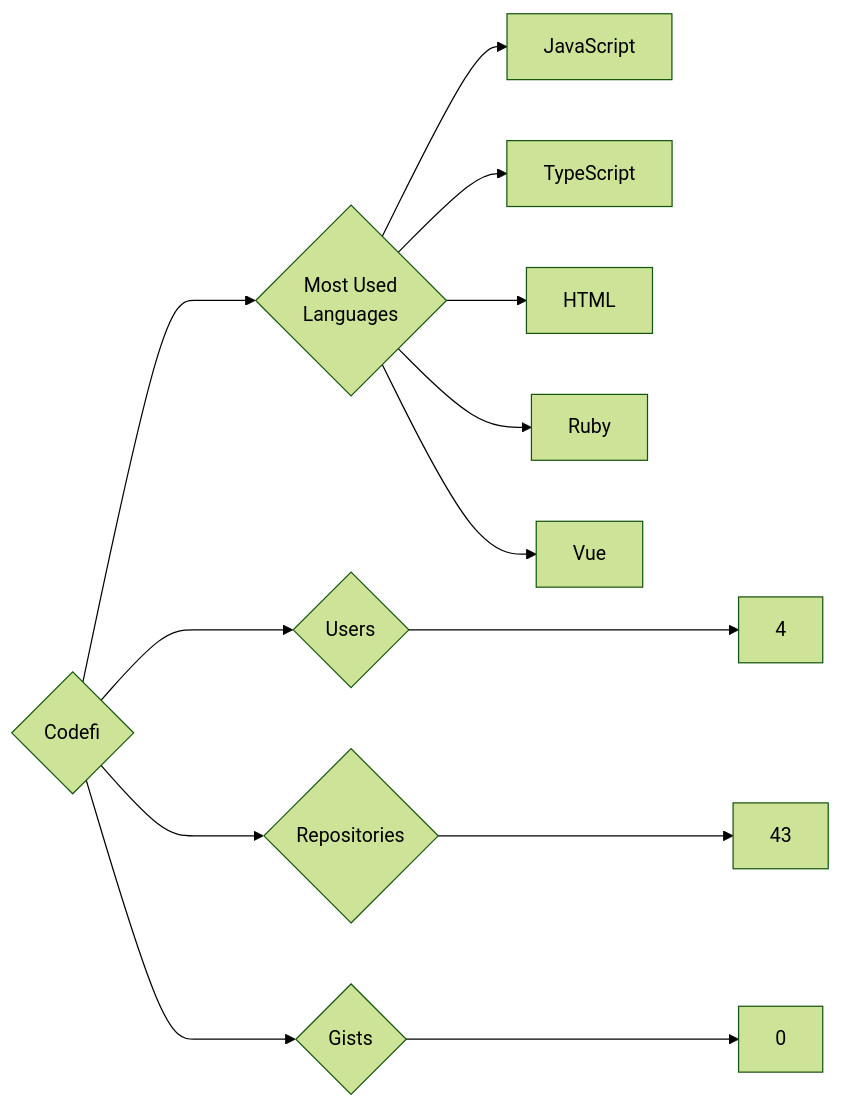
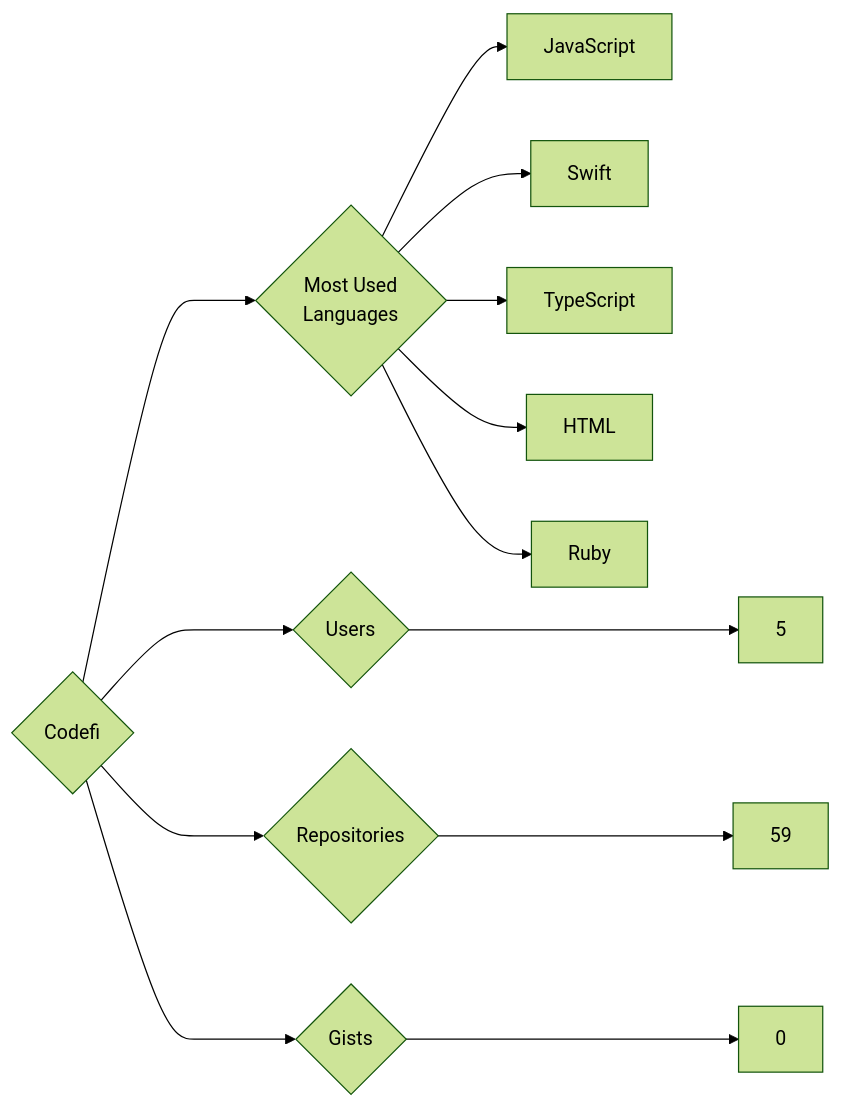
The diagram in targets/Codefi/README.md (trickest/insiders), drawn with Mermaid (forest theme) before and after one commit. The commit also changed 895 other files, not shown here.

````diff
--- a/targets/Codefi/README.md
+++ b/targets/Codefi/README.md
@@ -3,13 +3,13 @@
 ```mermaid
 graph LR
 COMPANY_NAME{Codefi}
-COMPANY_NAME ---> U{Users} ---> UN[4]
-COMPANY_NAME ---> R{Repositories} ---> RN[43]
+COMPANY_NAME ---> U{Users} ---> UN[5]
+COMPANY_NAME ---> R{Repositories} ---> RN[59]
 COMPANY_NAME ---> G{Gists} ---> GN[0]
 COMPANY_NAME ---> ML{Most Used<br>Languages}
 ML --> JavaScript[JavaScript]
+ML --> Swift[Swift]
 ML --> TypeScript[TypeScript]
 ML --> HTML[HTML]
 ML --> Ruby[Ruby]
-ML --> Vue[Vue]
 ```
````
